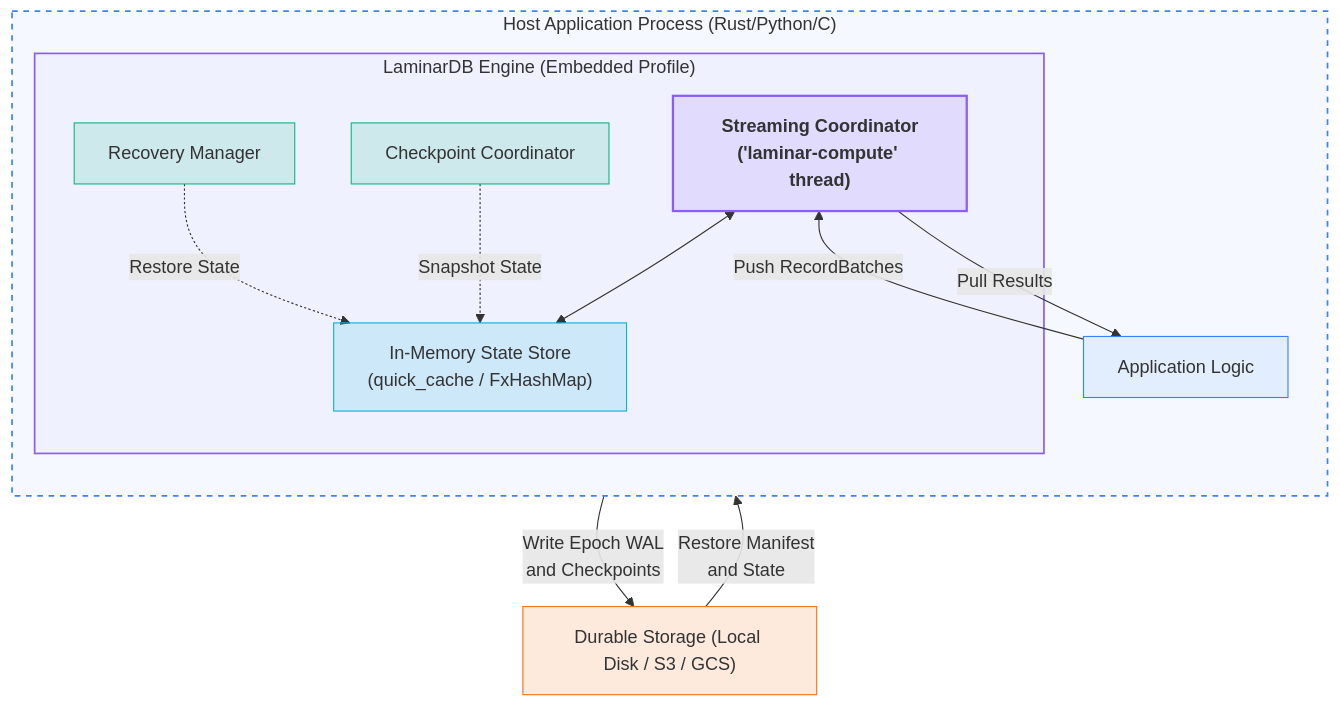
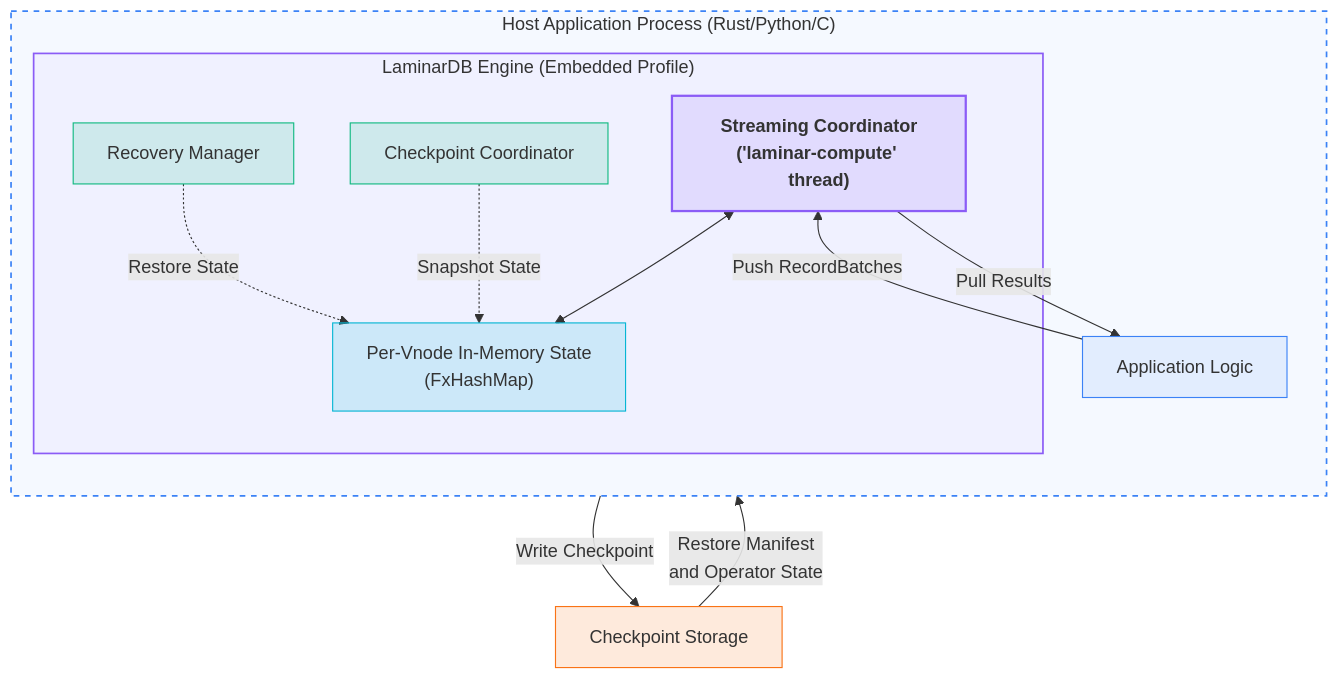
The second of 5 diagrams in README.md (laminardb/laminardb), drawn with Mermaid before and after one commit. The commit also changed other lines of this file and 64 other files, not shown here.

Commit message:
state: collapse durability onto checkpoint storage

````diff
--- a/README.md
+++ b/README.md
@@ -497,30 +498,30 @@
 ```mermaid
 graph TD
     classDef appClass fill:#3b82f6,fill-opacity:0.1,stroke:#3b82f6,stroke-width:1px;
     classDef coordClass fill:#8b5cf6,fill-opacity:0.15,stroke:#8b5cf6,stroke-width:2px,font-weight:bold;
     classDef stateClass fill:#06b6d4,fill-opacity:0.15,stroke:#06b6d4,stroke-width:1px;
     classDef recoveryClass fill:#10b981,fill-opacity:0.15,stroke:#10b981,stroke-width:1px;
     classDef storageClass fill:#f97316,fill-opacity:0.15,stroke:#f97316,stroke-width:1px;
 
     subgraph HostApp["Host Application Process (Rust/Python/C)"]
         direction TB
         App["Application Logic"]:::appClass
         subgraph Engine["LaminarDB Engine (Embedded Profile)"]
             Coord["Streaming Coordinator<br/>('laminar-compute' thread)"]:::coordClass
-            InMemState["In-Memory State Store<br/>(quick_cache / FxHashMap)"]:::stateClass
+            InMemState["Per-Vnode In-Memory State<br/>(FxHashMap)"]:::stateClass
             Checkpoint["Checkpoint Coordinator"]:::recoveryClass
             Recovery["Recovery Manager"]:::recoveryClass
             
             Coord <--> InMemState
             Checkpoint -.->|"Snapshot State"| InMemState
             Recovery -.->|"Restore State"| InMemState
         end
         App -->|"Push RecordBatches"| Coord
         Coord -->|"Pull Results"| App
     end
-    Checkpoint -->|"Write Epoch WAL<br/>and Checkpoints"| Storage["Durable Storage (Local Disk / S3 / GCS)"]:::storageClass
-    Storage -->|"Restore Manifest<br/>and State"| Recovery
+    Checkpoint -->|"Write Checkpoint"| Storage["Checkpoint Storage"]:::storageClass
+    Storage -->|"Restore Manifest<br/>and Operator State"| Recovery
     
     style HostApp fill:#3b82f6,fill-opacity:0.05,stroke:#3b82f6,stroke-width:1.5px,stroke-dasharray: 5 5
     style Engine fill:#8b5cf6,fill-opacity:0.05,stroke:#8b5cf6,stroke-width:1.5px
 ```
````
